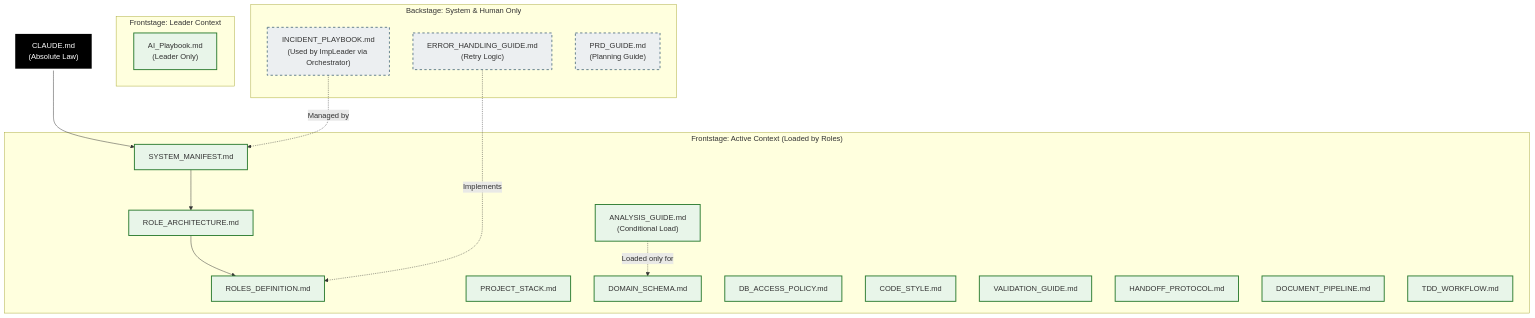
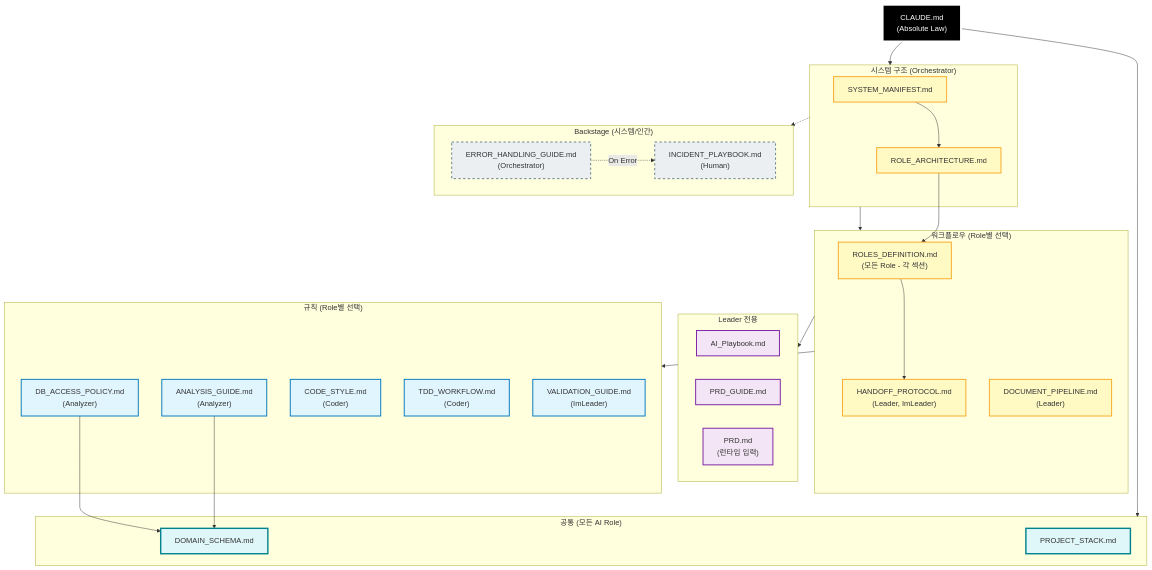
One commit to Jelly1104/orchestrator changed the third of 7 diagrams in ATO-System-B/.claude/README.md. Above: the diagram before and after it, drawn with Mermaid. The commit also changed other lines of this file and 280 other files, not shown here.

````diff
--- a/ATO-System-B/.claude/README.md
+++ b/ATO-System-B/.claude/README.md
@@ -206,56 +209,70 @@
 ```mermaid
 graph TD
     %% 스타일 정의
     classDef constitution fill:#000,stroke:#fff,stroke-width:4px,color:#fff;
-    classDef active fill:#e8f5e9,stroke:#2e7d32,stroke-width:2px;
+    classDef common fill:#e0f7fa,stroke:#00838f,stroke-width:3px;
+    classDef workflow fill:#fff9c4,stroke:#f9a825,stroke-width:2px;
+    classDef rule fill:#e1f5fe,stroke:#0277bd,stroke-width:2px;
+    classDef leader fill:#f3e5f5,stroke:#7b1fa2,stroke-width:2px;
     classDef backstage fill:#eceff1,stroke:#607d8b,stroke-width:2px,stroke-dasharray: 5 5;
 
     %% 1. 헌법 (Constitution)
     CLAUDE["CLAUDE.md<br/>(Absolute Law)"]:::constitution
 
-    %% 2. Active Context (Frontstage) - Role이 실제 읽음
-    subgraph "Frontstage: Active Context (Loaded by Roles)"
-        MANIFEST["SYSTEM_MANIFEST.md"]:::active
-        ARCH["ROLE_ARCHITECTURE.md"]:::active
-        ROLES["ROLES_DEFINITION.md"]:::active
-        STACK["PROJECT_STACK.md"]:::active
-
-        %% Rules & Protocols
-        SCHEMA["DOMAIN_SCHEMA.md"]:::active
-        POLICY["DB_ACCESS_POLICY.md"]:::active
-        STYLE["CODE_STYLE.md"]:::active
-        VALID["VALIDATION_GUIDE.md"]:::active
-
-        %% Workflows
-        HANDOFF["HANDOFF_PROTOCOL.md"]:::active
-        PIPELINE["DOCUMENT_PIPELINE.md"]:::active
-        TDD["TDD_WORKFLOW.md"]:::active
-
-        %% Conditional Load
-        ANALYSIS["ANALYSIS_GUIDE.md<br/>(Conditional Load)"]:::active
+    %% 2. 공통 문서 (모든 Role)
+    subgraph COMMON ["공통 (모든 AI Role)"]
+        SCHEMA["DOMAIN_SCHEMA.md"]:::common
+        STACK["PROJECT_STACK.md"]:::common
     end
 
-    %% 3. Frontstage (Leader Only)
-    subgraph "Frontstage: Leader Context"
-        PLAYBOOK["AI_Playbook.md<br/>(Leader Only)"]:::active
+    %% 3. 시스템 구조 문서 (Orchestrator)
+    subgraph SYSTEM ["시스템 구조 (Orchestrator)"]
+        MANIFEST["SYSTEM_MANIFEST.md"]:::workflow
+        ARCH["ROLE_ARCHITECTURE.md"]:::workflow
     end
 
-    %% 4. Backstage Context (Hidden) - 시스템/인간 용
-    subgraph "Backstage: System & Human Only"
-        INCIDENT["INCIDENT_PLAYBOOK.md<br/>(Used by ImpLeader via Orchestrator)"]:::backstage
-        ERROR["ERROR_HANDLING_GUIDE.md<br/>(Retry Logic)"]:::backstage
-        PRD_G["PRD_GUIDE.md<br/>(Planning Guide)"]:::backstage
+    %% 4. 워크플로우 문서 (Role별 선택 로딩)
+    subgraph WORKFLOWS ["워크플로우 (Role별 선택)"]
+        ROLES["ROLES_DEFINITION.md<br/>(모든 Role - 각 섹션)"]:::workflow
+        HANDOFF["HANDOFF_PROTOCOL.md<br/>(Leader, ImLeader)"]:::workflow
+        PIPELINE["DOCUMENT_PIPELINE.md<br/>(Leader)"]:::workflow
     end
 
-    %% 관계 정의
-    CLAUDE --> MANIFEST
+    %% 5. 규칙 문서 (Role별 선택 로딩)
+    subgraph RULES ["규칙 (Role별 선택)"]
+        POLICY["DB_ACCESS_POLICY.md<br/>(Analyzer)"]:::rule
+        ANALYSIS["ANALYSIS_GUIDE.md<br/>(Analyzer)"]:::rule
+        STYLE["CODE_STYLE.md<br/>(Coder)"]:::rule
+        TDD["TDD_WORKFLOW.md<br/>(Coder)"]:::rule
+        VALID["VALIDATION_GUIDE.md<br/>(ImLeader)"]:::rule
+    end
+
+    %% 6. Leader 전용 문서
+    subgraph LEADER ["Leader 전용"]
+        PLAYBOOK["AI_Playbook.md"]:::leader
+        PRD_G["PRD_GUIDE.md"]:::leader
+        PRD_INPUT["PRD.md<br/>(런타임 입력)"]:::leader
+    end
+
+    %% 7. Backstage (시스템/인간 전용)
+    subgraph BACKSTAGE ["Backstage (시스템/인간)"]
+        ERROR["ERROR_HANDLING_GUIDE.md<br/>(Orchestrator)"]:::backstage
+        INCIDENT["INCIDENT_PLAYBOOK.md<br/>(Human)"]:::backstage
+    end
+
+    %% 의존성 관계
+    CLAUDE --> COMMON
+    CLAUDE --> SYSTEM
+    SYSTEM --> WORKFLOWS
+    WORKFLOWS --> RULES
+    WORKFLOWS --> LEADER
+    SYSTEM -.-> BACKSTAGE
+
+    %% 문서 간 참조 관계
     MANIFEST --> ARCH
     ARCH --> ROLES
-
-    %% 시스템 참조 관계
-    ERROR -.->|"Implements"| ROLES
-    INCIDENT -.->|"Managed by"| MANIFEST
-
-    %% 조건부 로딩
-    ANALYSIS -.->|"Loaded only for"| SCHEMA
+    ROLES --> HANDOFF
+    POLICY --> SCHEMA
+    ANALYSIS --> SCHEMA
+    ERROR -.->|"On Error"| INCIDENT
 ```
````
